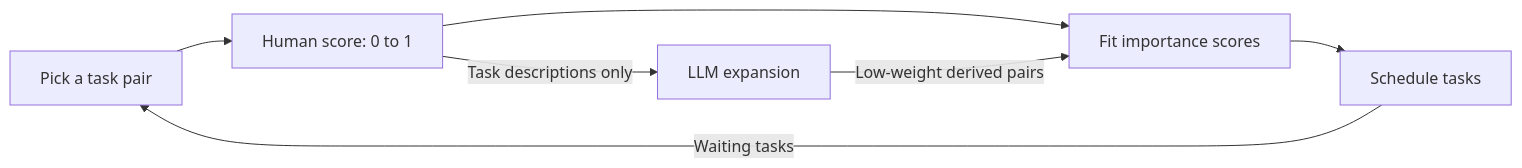
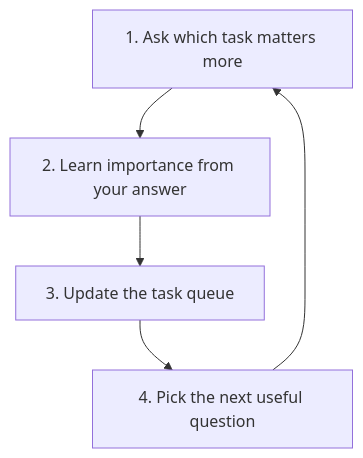
The second of 2 diagrams in README.md (openai-hackathon/iases), drawn with Mermaid before and after one commit. The commit also changed other lines of this file, not shown here.

Commit message:
Make the evolver loop easier to read

````diff
--- a/README.md
+++ b/README.md
@@ -33,9 +32,7 @@
 ```mermaid
-flowchart LR
-    Select["Pick a task pair"] --> Human["Human score: 0 to 1"]
-    Human --> Fit["Fit importance scores"]
-    Fit --> Scheduler["Schedule tasks"]
-    Scheduler -->|"Waiting tasks"| Select
-    Human -->|"Task descriptions only"| Expand["LLM expansion"]
-    Expand -->|"Low-weight derived pairs"| Fit
+flowchart TD
+    Ask["1. Ask which task matters more"] --> Learn["2. Learn importance from your answer"]
+    Learn --> Schedule["3. Update the task queue"]
+    Schedule --> Next["4. Pick the next useful question"]
+    Next --> Ask
 ```
````
